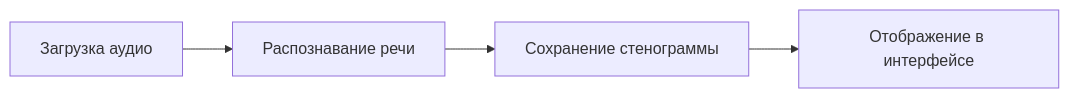
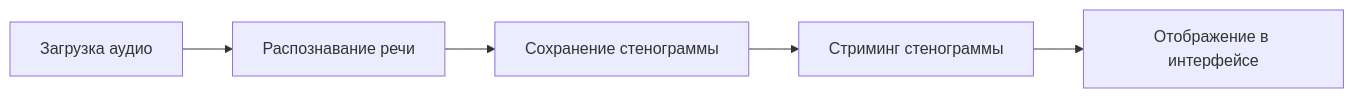
One commit to kvcop/Voicerec-By-Codex changed the diagram in docs/process_overview.md. Above: the diagram before and after it, drawn with Mermaid. The commit also changed 8 other files, not shown here.

````diff
--- a/docs/process_overview.md
+++ b/docs/process_overview.md
@@ -5,6 +5,7 @@
 ```mermaid
 flowchart LR
     A[Загрузка аудио] --> B[Распознавание речи]
     B --> C[Сохранение стенограммы]
-    C --> D[Отображение в интерфейсе]
+    C --> D[Стриминг стенограммы]
+    D --> E[Отображение в интерфейсе]
 ```
````
